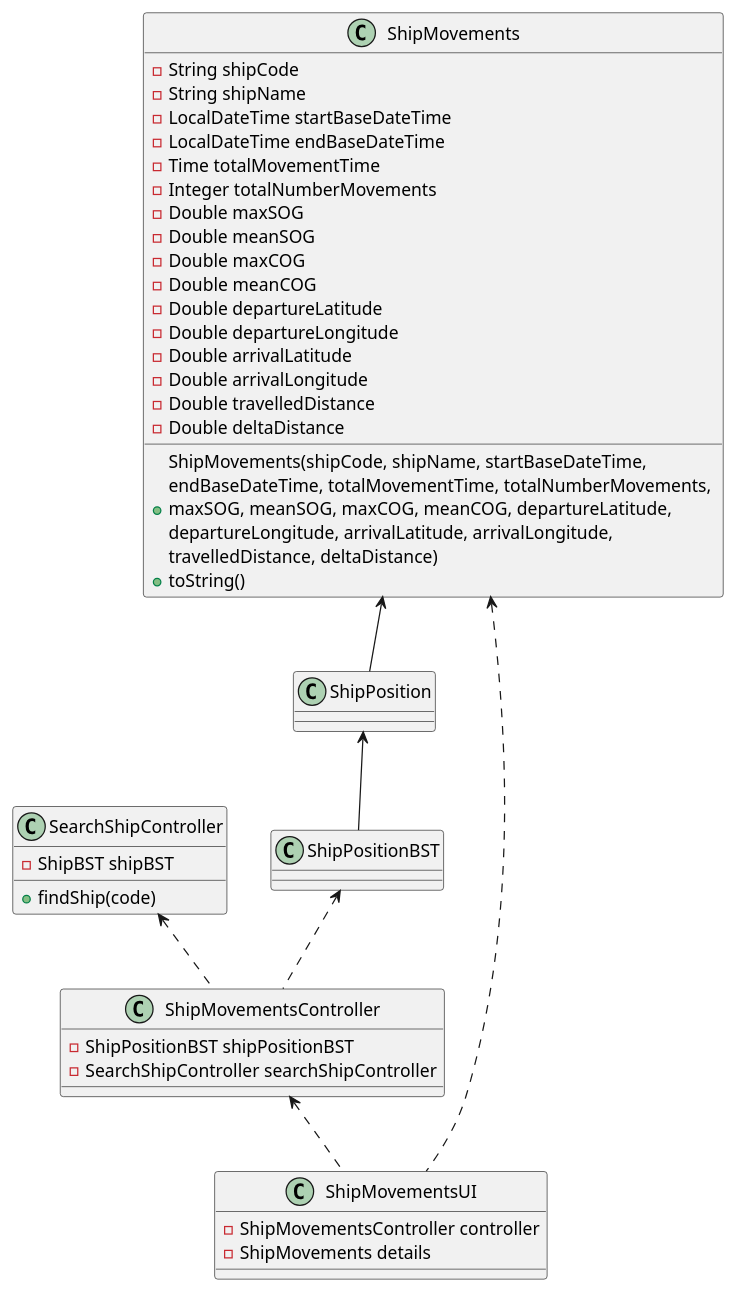
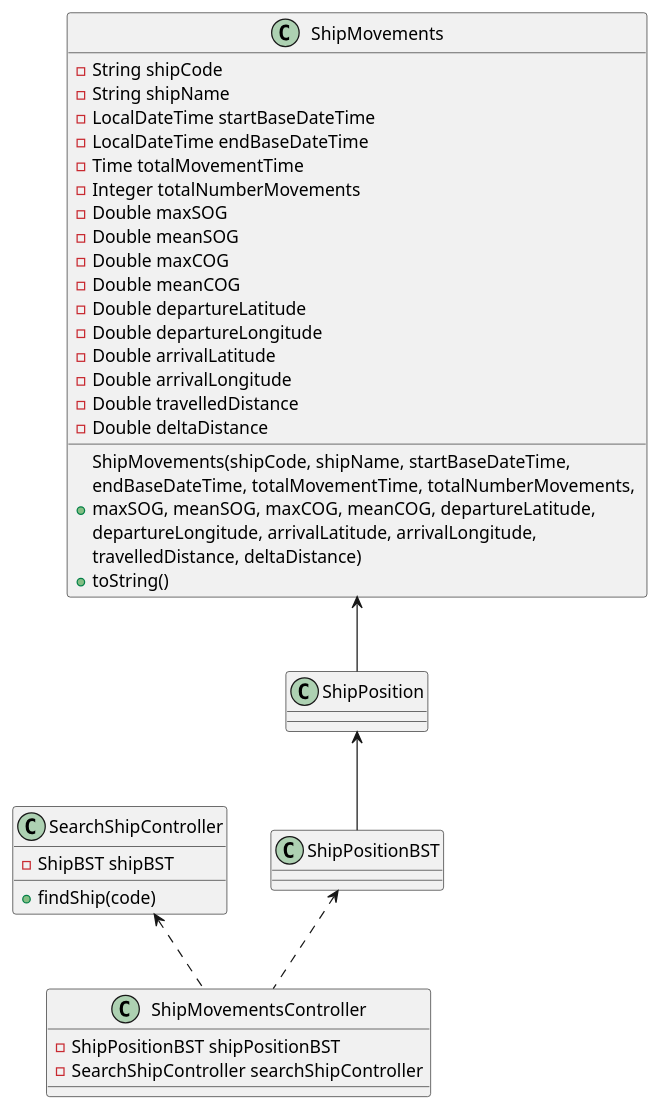
The diagram in docs/Sprint 1/US/US104/US104_CD.puml (1190772/LAB-Project-3), drawn with PlantUML before and after one commit. The commit also changed 22 other files, not shown here.

```diff
--- a/docs/Sprint 1/US/US104/US104_CD.puml
+++ b/docs/Sprint 1/US/US104/US104_CD.puml
@@ -1,50 +1,50 @@
 @startuml
 'https://plantuml.com/class-diagram
 
-class ShipMovementsUI {
+/'class ShipMovementsUI {
 - ShipMovementsController controller
 - ShipMovements details
-}
+}'/
 
 class ShipMovementsController {
 - ShipPositionBST shipPositionBST
 - SearchShipController searchShipController
 }
 
 class SearchShipController {
 - ShipBST shipBST
 + findShip(code)
 }
 
 class ShipMovements {
 - String shipCode
 - String shipName
 - LocalDateTime startBaseDateTime
 - LocalDateTime endBaseDateTime
 - Time totalMovementTime
 - Integer totalNumberMovements
 - Double maxSOG
 - Double meanSOG
 - Double maxCOG
 - Double meanCOG
 - Double departureLatitude
 - Double departureLongitude
 - Double arrivalLatitude
 - Double arrivalLongitude
 - Double travelledDistance
 - Double deltaDistance
 + ShipMovements(shipCode, shipName, startBaseDateTime, \nendBaseDateTime, totalMovementTime, totalNumberMovements, \nmaxSOG, meanSOG, maxCOG, meanCOG, departureLatitude, \ndepartureLongitude, arrivalLatitude, arrivalLongitude, \ntravelledDistance, deltaDistance)
 + toString()
 }
 
 class ShipPositionBST
 
 class ShipPosition
 
-ShipMovementsController <.. ShipMovementsUI
+'ShipMovementsController <.. ShipMovementsUI
 SearchShipController <.. ShipMovementsController
 ShipPositionBST <.. ShipMovementsController
 ShipPosition <-- ShipPositionBST
 ShipMovements <-- ShipPosition
-ShipMovements <.. ShipMovementsUI
+'ShipMovements <.. ShipMovementsUI
 @enduml
```
